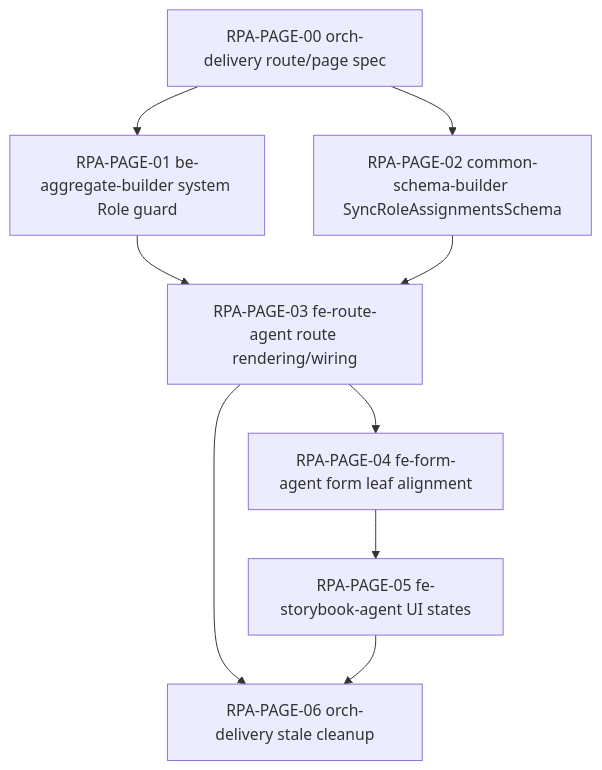
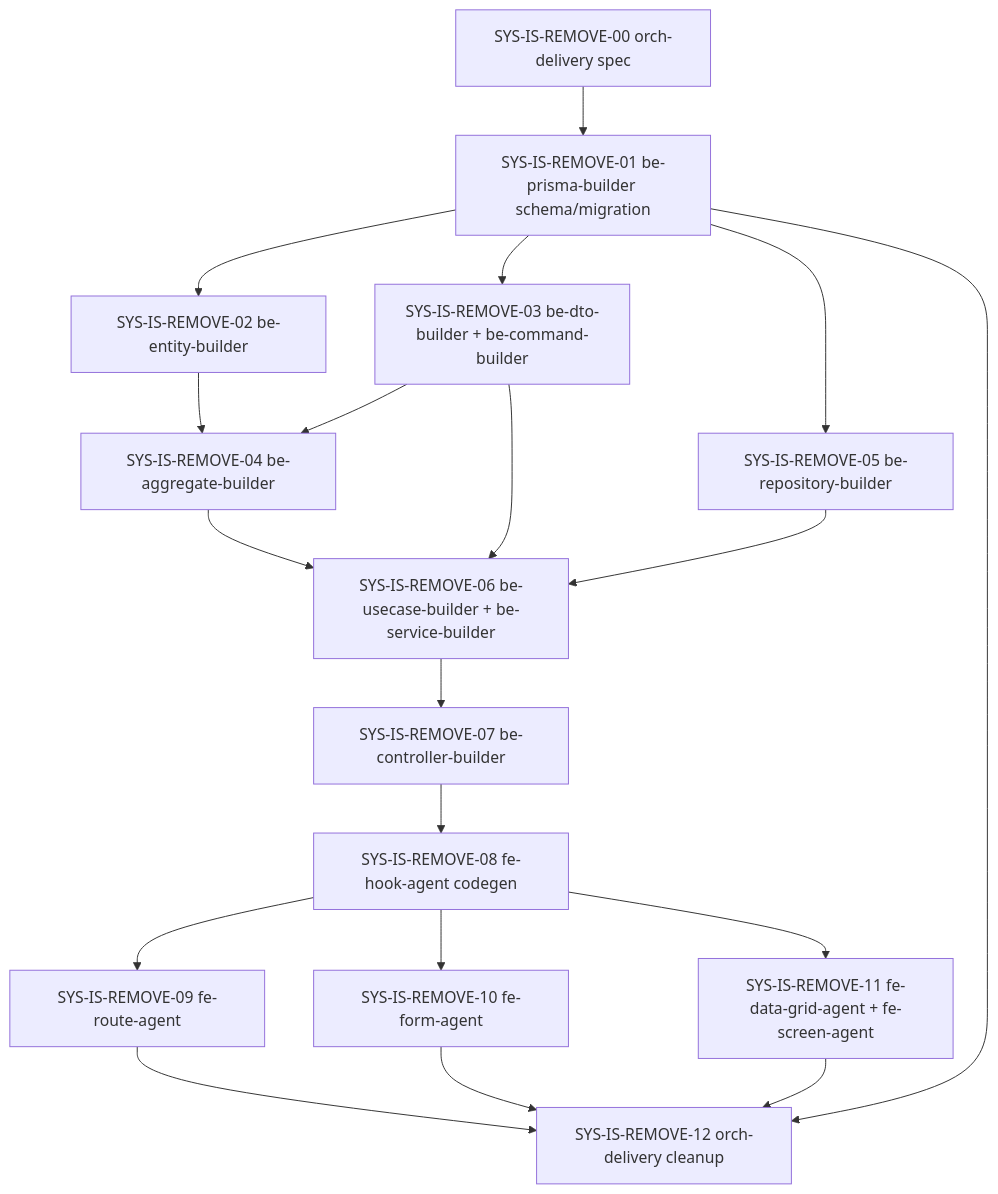
One commit to kimjoongwon/prj-core changed the diagram in apps/admin/web/src/app/(admin)/roles/[roleId]/page.spec.md. Above: the diagram before and after it, drawn with Mermaid. The commit also changed other lines of this file and 125 other files, not shown here.

Commit message:
Refactor action and role management: Remove isSystem property from various DTOs and interfaces, update related use cases and tests, and clean up UI components to reflect changes. Adjust error handling for action deletion and modification. Enhance action use case tests for better coverage.

````diff
--- a/apps/admin/web/src/app/(admin)/roles/[roleId]/page.spec.md
+++ b/apps/admin/web/src/app/(admin)/roles/[roleId]/page.spec.md
@@ -336,11 +334,21 @@
 ```mermaid
 flowchart TD
-  A["RPA-PAGE-00 orch-delivery route/page spec"] --> B["RPA-PAGE-01 be-aggregate-builder system Role guard"]
-  A --> C["RPA-PAGE-02 common-schema-builder SyncRoleAssignmentsSchema"]
-  B --> D["RPA-PAGE-03 fe-route-agent route rendering/wiring"]
-  C --> D
-  D --> E["RPA-PAGE-04 fe-form-agent form leaf alignment"]
-  E --> F["RPA-PAGE-05 fe-storybook-agent UI states"]
-  D --> G["RPA-PAGE-06 orch-delivery stale cleanup"]
+  A["SYS-IS-REMOVE-00 orch-delivery spec"] --> B["SYS-IS-REMOVE-01 be-prisma-builder schema/migration"]
+  B --> C["SYS-IS-REMOVE-02 be-entity-builder"]
+  B --> D["SYS-IS-REMOVE-03 be-dto-builder + be-command-builder"]
+  C --> E["SYS-IS-REMOVE-04 be-aggregate-builder"]
+  D --> E
+  B --> F["SYS-IS-REMOVE-05 be-repository-builder"]
+  E --> G["SYS-IS-REMOVE-06 be-usecase-builder + be-service-builder"]
+  D --> G
+  G --> H["SYS-IS-REMOVE-07 be-controller-builder"]
+  H --> I["SYS-IS-REMOVE-08 fe-hook-agent codegen"]
+  I --> J["SYS-IS-REMOVE-09 fe-route-agent"]
+  I --> K["SYS-IS-REMOVE-10 fe-form-agent"]
+  I --> L["SYS-IS-REMOVE-11 fe-data-grid-agent + fe-screen-agent"]
+  J --> M["SYS-IS-REMOVE-12 orch-delivery cleanup"]
+  K --> M
+  L --> M
+  B --> M
   F --> G
 ```
````
